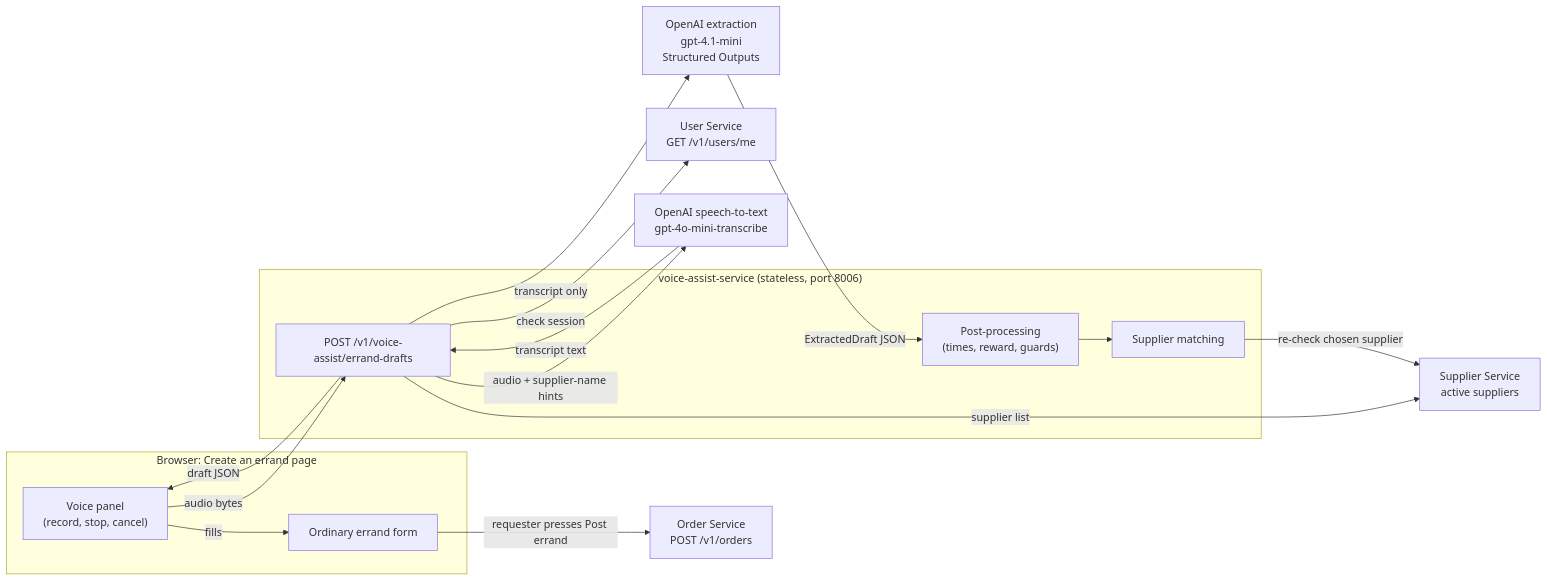
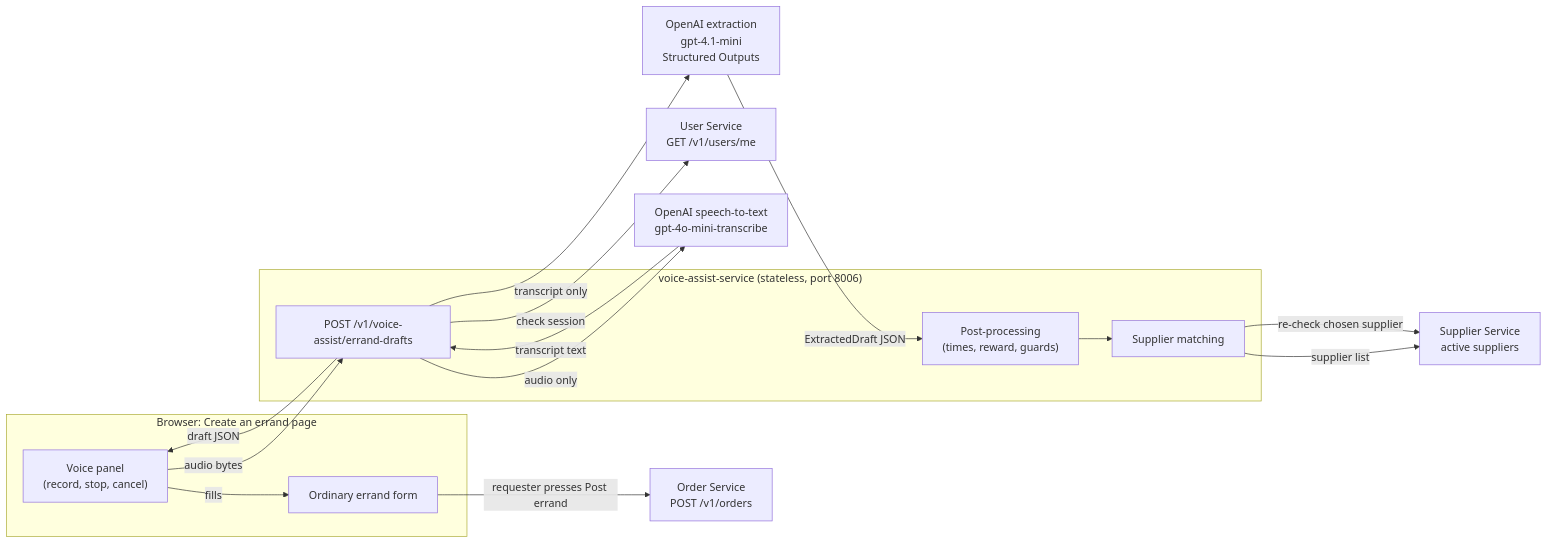
Before and after one commit to AY2627S1-CS3219-P6/foc: the first of 4 diagrams in voice-assist-service/IMPLEMENTATION.md, drawn with Mermaid. The commit also changed other lines of this file, not shown here.

````diff
--- a/voice-assist-service/IMPLEMENTATION.md
+++ b/voice-assist-service/IMPLEMENTATION.md
@@ -44,32 +44,32 @@
 ```mermaid
 flowchart LR
     subgraph Browser["Browser: Create an errand page"]
         Panel["Voice panel\n(record, stop, cancel)"]
         Form["Ordinary errand form"]
     end
 
     subgraph VA["voice-assist-service (stateless, port 8006)"]
         API["POST /v1/voice-assist/errand-drafts"]
         Post["Post-processing\n(times, reward, guards)"]
         Match["Supplier matching"]
     end
 
     User["User Service\nGET /v1/users/me"]
     Supplier["Supplier Service\nactive suppliers"]
     STT["OpenAI speech-to-text\ngpt-4o-mini-transcribe"]
     LLM["OpenAI extraction\ngpt-4.1-mini\nStructured Outputs"]
     Order["Order Service\nPOST /v1/orders"]
 
     Panel -->|"audio bytes"| API
     API -->|"check session"| User
-    API -->|"supplier list"| Supplier
-    API -->|"audio + supplier-name hints"| STT
+    API -->|"audio only"| STT
     STT -->|"transcript text"| API
     API -->|"transcript only"| LLM
     LLM -->|"ExtractedDraft JSON"| Post
     Post --> Match
+    Match -->|"supplier list"| Supplier
     Match -->|"re-check chosen supplier"| Supplier
     API -->|"draft JSON"| Panel
     Panel -->|"fills"| Form
     Form -->|"requester presses Post errand"| Order
 ```
````
